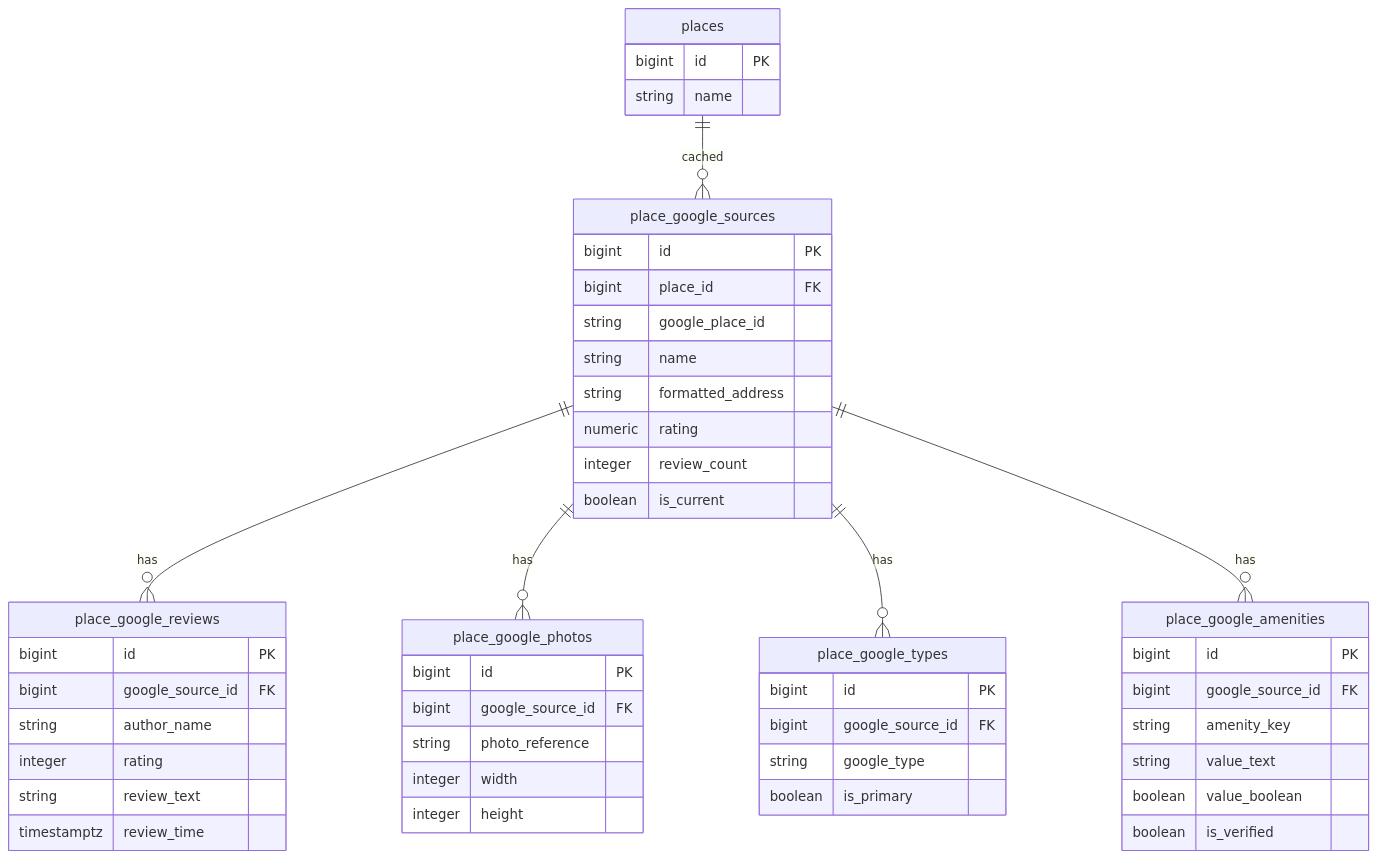
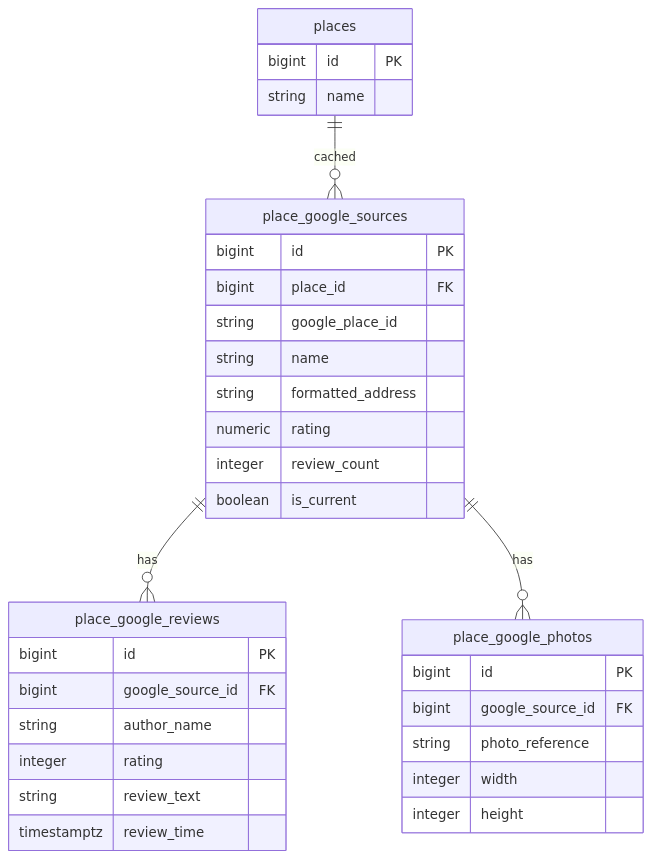
The fifth of 6 diagrams in docs/er-diagram.md (it-guy92/camperplaner-schema), drawn with Mermaid before and after one commit. The commit also changed other lines of this file and 1 other file, not shown here.

First line of the commit message:
docs: update schema docs with Phase 2 property table migration

````diff
--- a/docs/er-diagram.md
+++ b/docs/er-diagram.md
@@ -1007,57 +1231,39 @@
 ```mermaid
 erDiagram
     places {
         bigint id PK
         string name
     }
     
     place_google_sources {
         bigint id PK
         bigint place_id FK
         string google_place_id
         string name
         string formatted_address
         numeric rating
         integer review_count
         boolean is_current
     }
     
     place_google_reviews {
         bigint id PK
         bigint google_source_id FK
         string author_name
         integer rating
         string review_text
         timestamptz review_time
     }
     
     place_google_photos {
         bigint id PK
         bigint google_source_id FK
         string photo_reference
         integer width
         integer height
     }
     
-    place_google_types {
-        bigint id PK
-        bigint google_source_id FK
-        string google_type
-        boolean is_primary
-    }
-    
-    place_google_amenities {
-        bigint id PK
-        bigint google_source_id FK
-        string amenity_key
-        string value_text
-        boolean value_boolean
-        boolean is_verified
-    }
-    
     places ||--o{ place_google_sources : "cached"
     place_google_sources ||--o{ place_google_reviews : "has"
     place_google_sources ||--o{ place_google_photos : "has"
-    place_google_sources ||--o{ place_google_types : "has"
-    place_google_sources ||--o{ place_google_amenities : "has"
 ```
````
